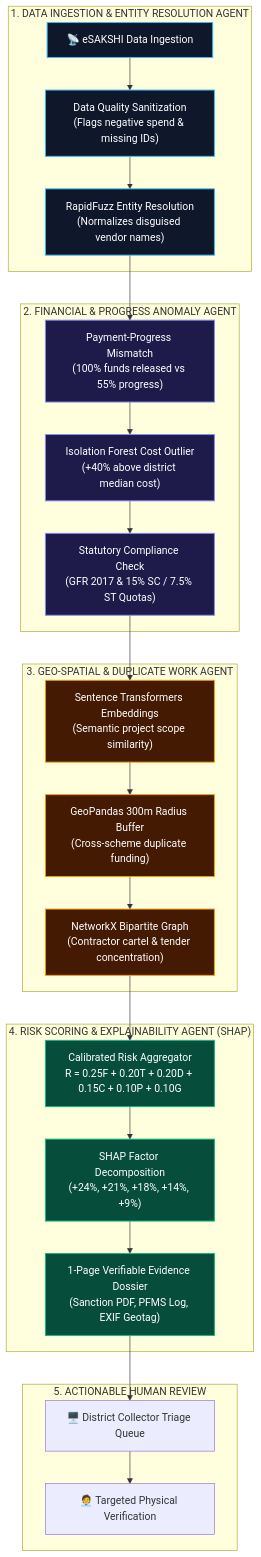
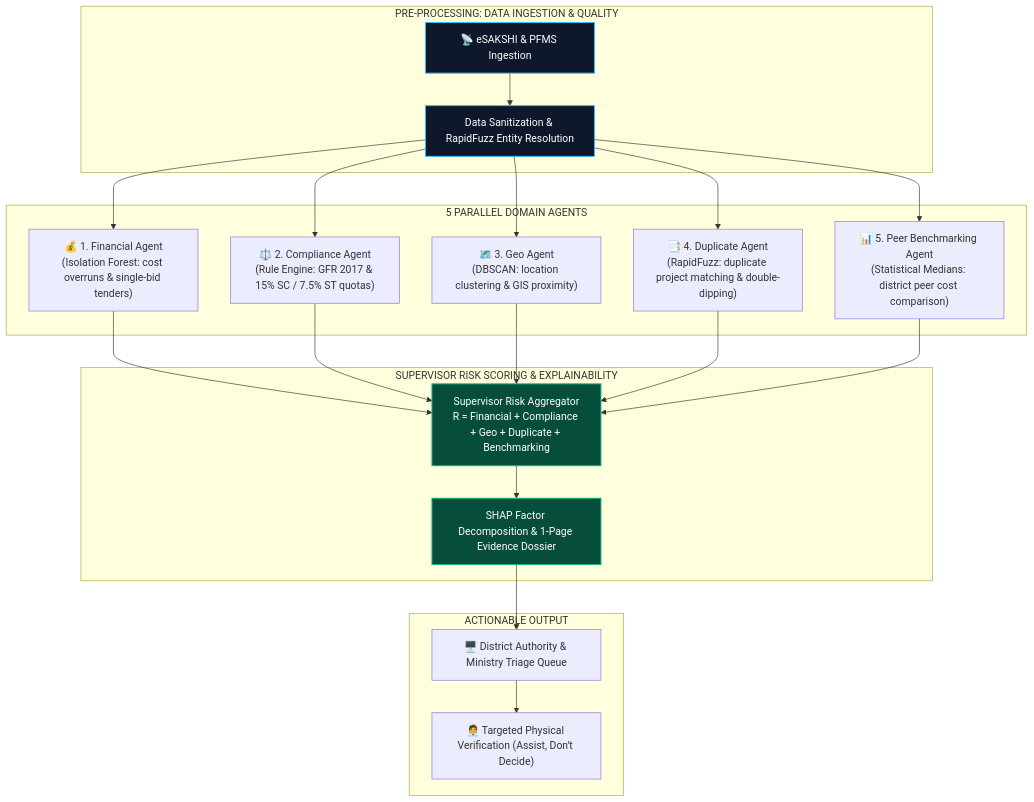
The diagram in README.md (incharagwda123-alt/JanNigrani-MAS), drawn with Mermaid before and after one commit. The commit also changed other lines of this file and 5 other files, not shown here.

Commit message:
feat: align prototype, backend, and documentation with 5-agent PPT architecture

````diff
--- a/README.md
+++ b/README.md
@@ -30,40 +30,34 @@
 ```mermaid
 flowchart TD
-    subgraph S1["1. DATA INGESTION &amp; ENTITY RESOLUTION AGENT"]
-        A["📡 eSAKSHI Data Ingestion"] --> B["Data Quality Sanitization<br/>(Flags negative spend &amp; missing IDs)"]
-        B --> C["RapidFuzz Entity Resolution<br/>(Normalizes disguised vendor names)"]
+    subgraph S1["PRE-PROCESSING: DATA INGESTION & QUALITY"]
+        A["📡 eSAKSHI & PFMS Ingestion"] --> B["Data Sanitization & RapidFuzz Entity Resolution"]
     end
 
-    subgraph S2["2. FINANCIAL &amp; PROGRESS ANOMALY AGENT"]
-        C --> D["Payment-Progress Mismatch<br/>(100% funds released vs 55% progress)"]
-        D --> E["Isolation Forest Cost Outlier<br/>(+40% above district median cost)"]
-        E --> F["Statutory Compliance Check<br/>(GFR 2017 &amp; 15% SC / 7.5% ST Quotas)"]
+    subgraph S2["5 PARALLEL DOMAIN AGENTS"]
+        B --> A1["💰 1. Financial Agent<br/>(Isolation Forest: cost overruns & single-bid tenders)"]
+        B --> A2["⚖️ 2. Compliance Agent<br/>(Rule Engine: GFR 2017 & 15% SC / 7.5% ST quotas)"]
+        B --> A3["🗺️ 3. Geo Agent<br/>(DBSCAN: location clustering & GIS proximity)"]
+        B --> A4["📑 4. Duplicate Agent<br/>(RapidFuzz: duplicate project matching & double-dipping)"]
+        B --> A5["📊 5. Peer Benchmarking Agent<br/>(Statistical Medians: district peer cost comparison)"]
     end
 
-    subgraph S3["3. GEO-SPATIAL &amp; DUPLICATE WORK AGENT"]
-        F --> G["Sentence Transformers Embeddings<br/>(Semantic project scope similarity)"]
-        G --> H["GeoPandas 300m Radius Buffer<br/>(Cross-scheme duplicate funding)"]
-        H --> I["NetworkX Bipartite Graph<br/>(Contractor cartel &amp; tender concentration)"]
+    subgraph S3["SUPERVISOR RISK SCORING & EXPLAINABILITY"]
+        A1 & A2 & A3 & A4 & A5 --> J["Supervisor Risk Aggregator<br/>R = Financial + Compliance + Geo + Duplicate + Benchmarking"]
+        J --> K["SHAP Factor Decomposition & 1-Page Evidence Dossier"]
     end
 
-    subgraph S4["4. RISK SCORING &amp; EXPLAINABILITY AGENT (SHAP)"]
-        I --> J["Calibrated Risk Aggregator<br/>R = 0.25F + 0.20T + 0.20D + 0.15C + 0.10P + 0.10G"]
-        J --> K["SHAP Factor Decomposition<br/>(+24%, +21%, +18%, +14%, +9%)"]
-        K --> L["1-Page Verifiable Evidence Dossier<br/>(Sanction PDF, PFMS Log, EXIF Geotag)"]
-    end
-
-    subgraph S5["5. ACTIONABLE HUMAN REVIEW"]
-        L --> M["🖥️ District Collector Triage Queue"]
-        M --> N["🧑‍💼 Targeted Physical Verification"]
+    subgraph S4["ACTIONABLE OUTPUT"]
+        K --> M["🖥️ District Authority & Ministry Triage Queue"]
+        M --> N["🧑‍💼 Targeted Physical Verification (Assist, Don't Decide)"]
     end
 
     classDef blueBox fill:#0f172a,stroke:#38bdf8,stroke-width:1.5px,color:#fff;
     classDef purpleBox fill:#1e1b4b,stroke:#818cf8,stroke-width:1.5px,color:#fff;
     classDef amberBox fill:#451a03,stroke:#f59e0b,stroke-width:1.5px,color:#fff;
     classDef greenBox fill:#064e3b,stroke:#10b981,stroke-width:1.5px,color:#fff;
 
     class A,B,C blueBox;
     class D,E,F purpleBox;
     class G,H,I amberBox;
     class J,K,L greenBox;
 ```
````
